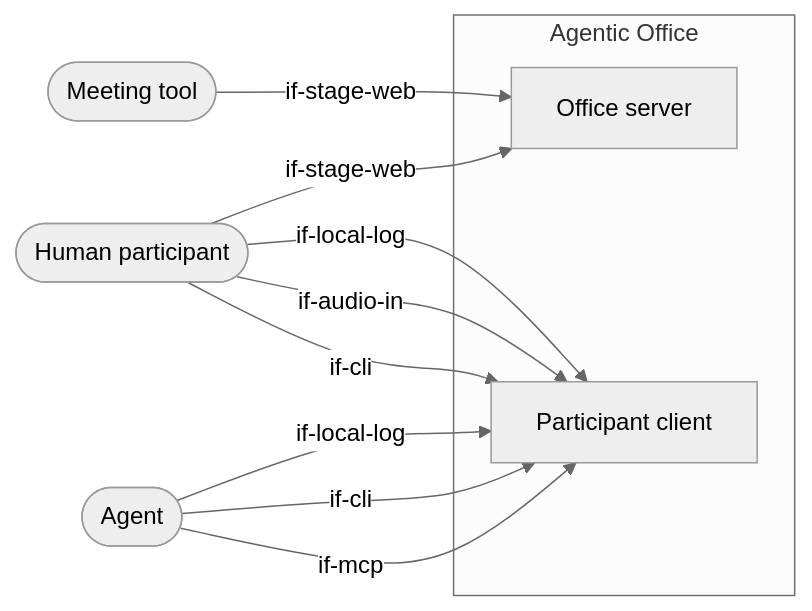
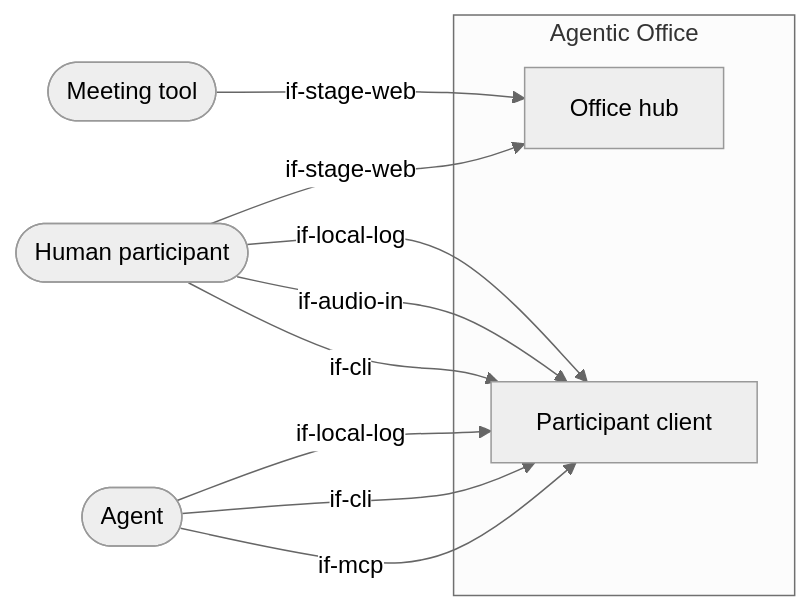
One commit to mrsimpson/agentic-office changed the diagram in docs/architecture/03-system-context.arc42.md. Above: the diagram before and after it, drawn with Mermaid (neutral theme). The commit also changed other lines of this file and 120 other files, not shown here.

First line of the commit message:
Rename the office server to office hub

````diff
--- a/docs/architecture/03-system-context.arc42.md
+++ b/docs/architecture/03-system-context.arc42.md
@@ -19,18 +19,18 @@
 ```mermaid
 flowchart LR
     actor_agent([Agent])
     actor_human([Human participant])
     actor_meeting_tool([Meeting tool])
     subgraph office [Agentic Office]
-        bb_office_server[Office server]
+        bb_office_hub[Office hub]
         bb_participant_client[Participant client]
     end
     actor_agent -->|if-mcp| bb_participant_client
     actor_agent -->|if-cli| bb_participant_client
     actor_agent -->|if-local-log| bb_participant_client
     actor_human -->|if-cli| bb_participant_client
     actor_human -->|if-audio-in| bb_participant_client
     actor_human -->|if-local-log| bb_participant_client
-    actor_human -->|if-stage-web| bb_office_server
-    actor_meeting_tool -->|if-stage-web| bb_office_server
+    actor_human -->|if-stage-web| bb_office_hub
+    actor_meeting_tool -->|if-stage-web| bb_office_hub
 ```
````
